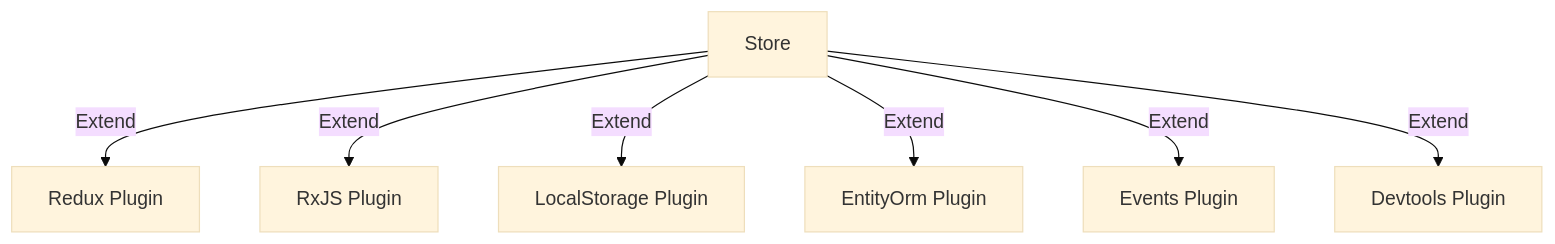
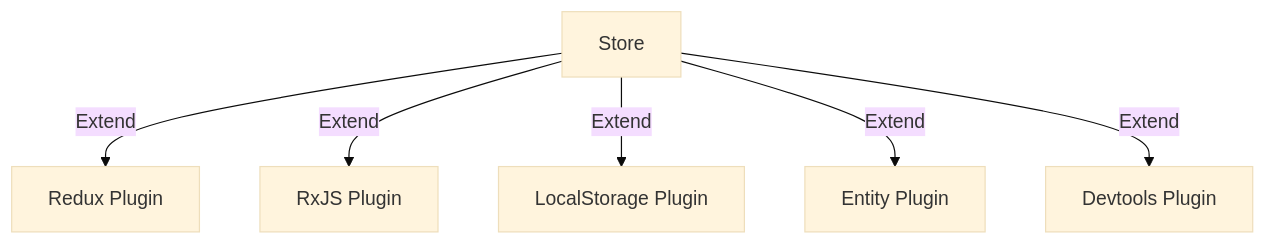
One commit to riccardoperra/statebuilder changed the diagram in README.md. Above: the diagram before and after it, drawn with Mermaid (base theme). The commit also changed other lines of this file, not shown here.

````diff
--- a/README.md
+++ b/README.md
@@ -54,10 +53,9 @@
 ```mermaid
 graph TD
     A[Store]
     A -->|Extend| B[Redux Plugin]
     A -->|Extend| C[RxJS Plugin]
     A -->|Extend| D[LocalStorage Plugin]
-    A -->|Extend| E[EntityOrm Plugin]
-    A -->|Extend| F[Events Plugin]
+    A -->|Extend| E[Entity Plugin]
     A -->|Extend| G[Devtools Plugin]
 ```
````
